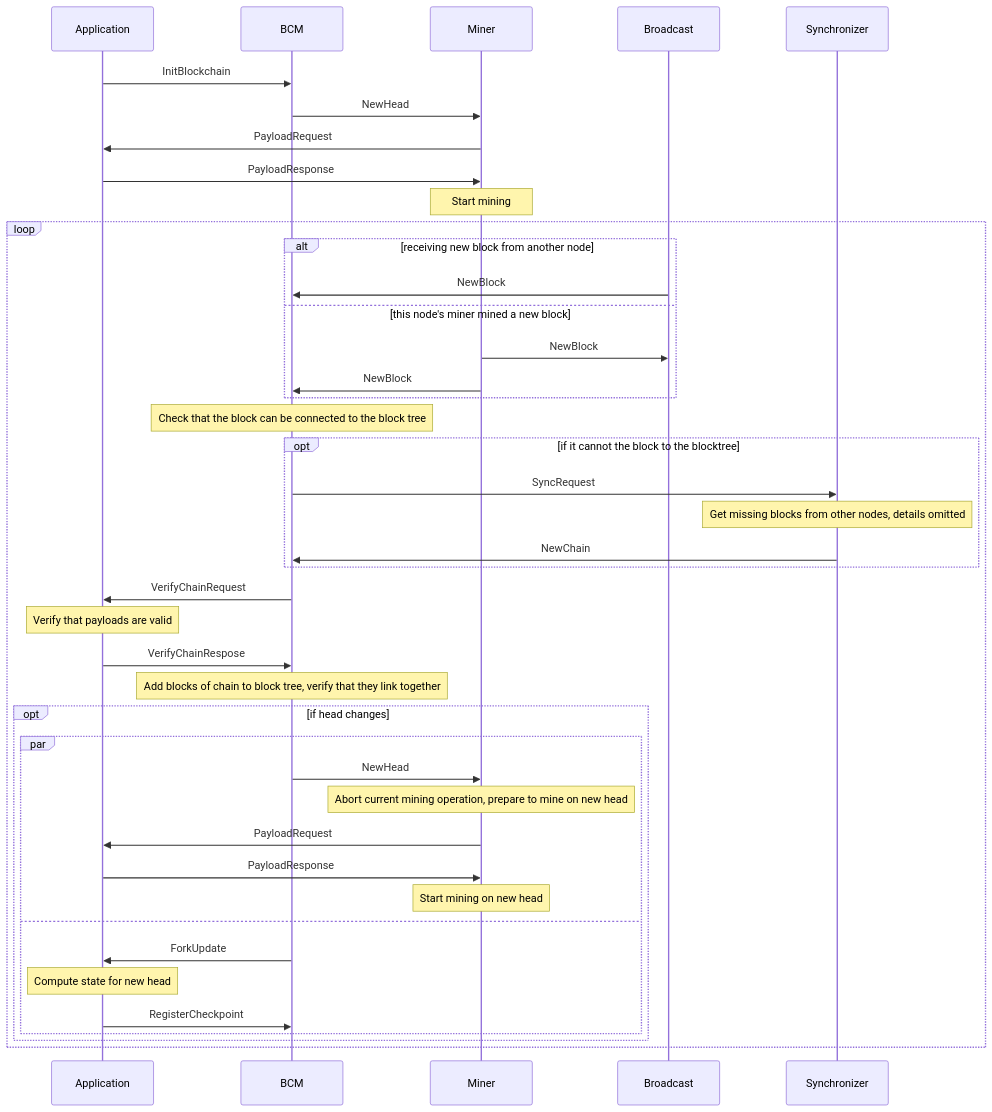
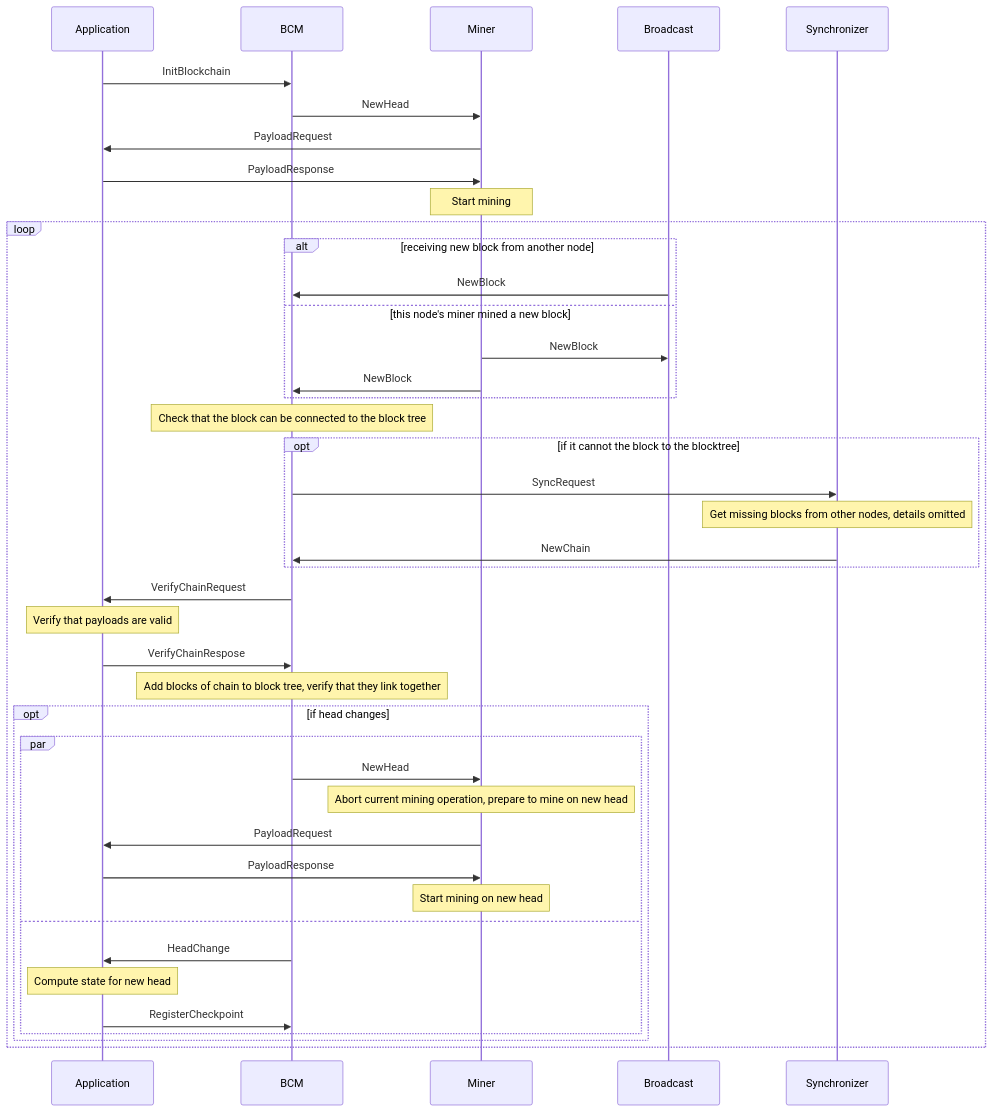
Before and after one commit to consensus-shipyard/mir: the second of 3 diagrams in samples/blockchain/README.md, drawn with Mermaid. The commit also changed other lines of this file and 3 other files, not shown here.

````diff
--- a/samples/blockchain/README.md
+++ b/samples/blockchain/README.md
@@ -184,44 +210,44 @@
 ```mermaid
 sequenceDiagram
     Application ->> BCM: InitBlockchain
 
     BCM ->> Miner: NewHead
     Miner ->> Application: PayloadRequest
     Application ->> Miner: PayloadResponse
     Note over Miner: Start mining
 
     loop
     alt receiving new block from another node
     Broadcast ->> BCM: NewBlock
     else this node's miner mined a new block
     Miner ->> Broadcast: NewBlock
     Miner ->> BCM: NewBlock
     end
 
     Note over BCM: Check that the block can be connected to the block tree
     opt if it cannot the block to the blocktree
     BCM ->> Synchronizer: SyncRequest
     Note over Synchronizer: Get missing blocks from other nodes, details omitted
     Synchronizer ->> BCM: NewChain
     end
     BCM ->> Application: VerifyChainRequest
     Note over Application: Verify that payloads are valid
     Application ->> BCM: VerifyChainRespose
     Note over BCM: Add blocks of chain to block tree, verify that they link together
 
 
     opt if head changes
     par
     BCM ->> Miner: NewHead
     Note over Miner: Abort current mining operation, prepare to mine on new head
     Miner ->> Application: PayloadRequest
     Application ->> Miner: PayloadResponse
     Note over Miner: Start mining on new head
     and
-    BCM ->> Application: ForkUpdate
+    BCM ->> Application: HeadChange
     Note over Application: Compute state for new head
     Application ->> BCM: RegisterCheckpoint
     end
     end
     end
 ```
````
